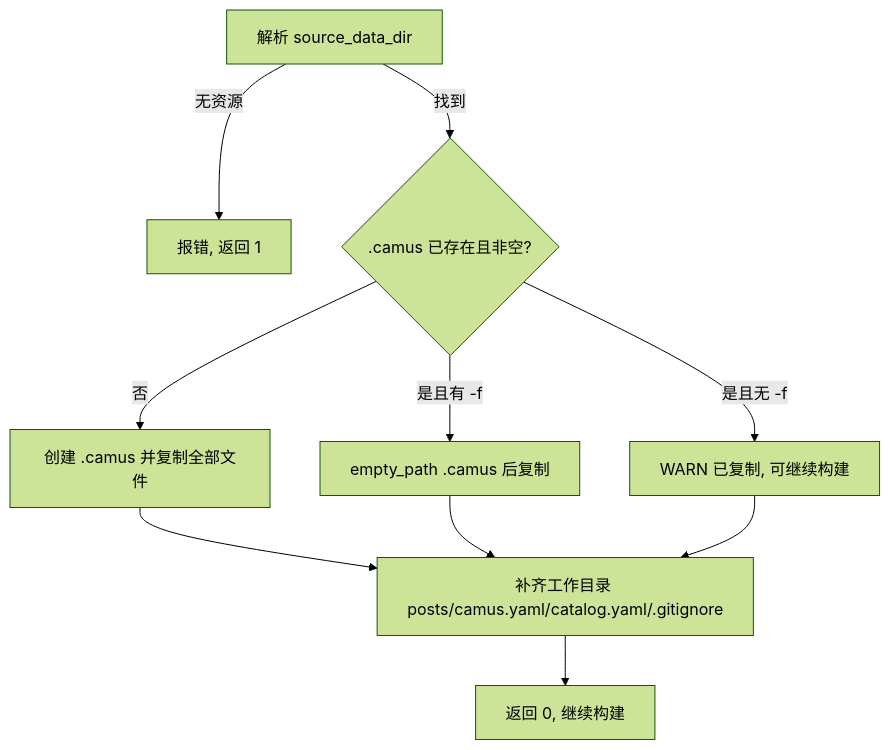
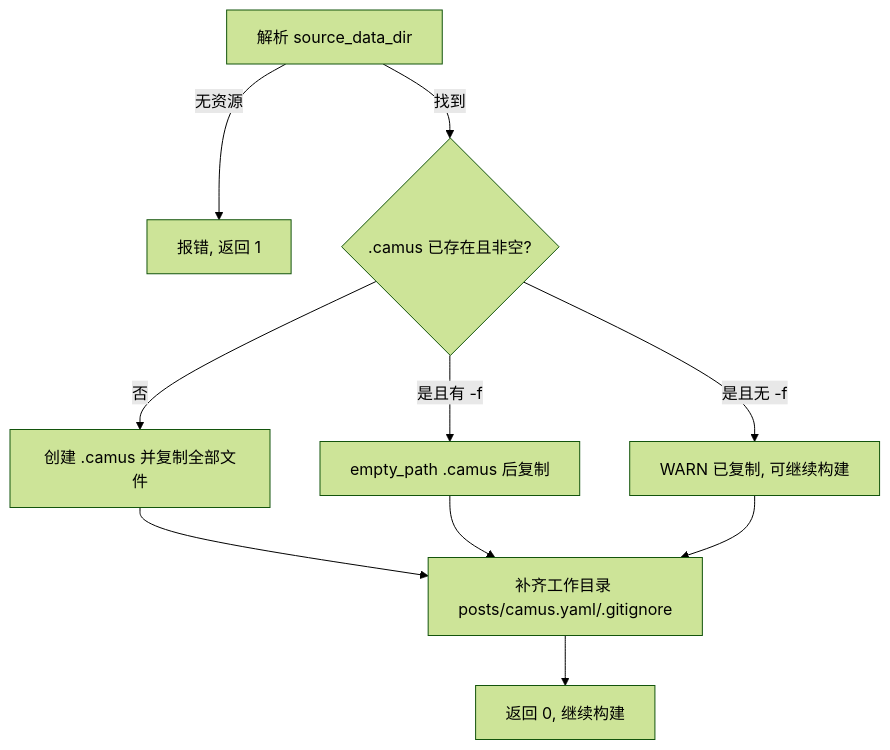
Before and after one commit to o8x/camus: the second of 2 diagrams in docs/prd/08-template-install.md, drawn with Mermaid (forest theme). The commit also changed other lines of this file and 15 other files, not shown here.

````diff
--- a/docs/prd/08-template-install.md
+++ b/docs/prd/08-template-install.md
@@ -67,12 +67,12 @@
 ```mermaid
 flowchart TD
     A[解析 source_data_dir] -->|无资源| X[报错, 返回 1]
     A -->|找到| B{.camus 已存在且非空?}
     B -->|否| D[创建 .camus 并复制全部文件]
     B -->|是且无 -f| W[WARN 已复制, 可继续构建]
     B -->|是且有 -f| C[empty_path .camus 后复制]
-    D --> S[补齐工作目录 posts/camus.yaml/catalog.yaml/.gitignore]
+    D --> S[补齐工作目录 posts/camus.yaml/.gitignore]
     C --> S
     W --> S
     S --> OK[返回 0, 继续构建]
 ```
````
